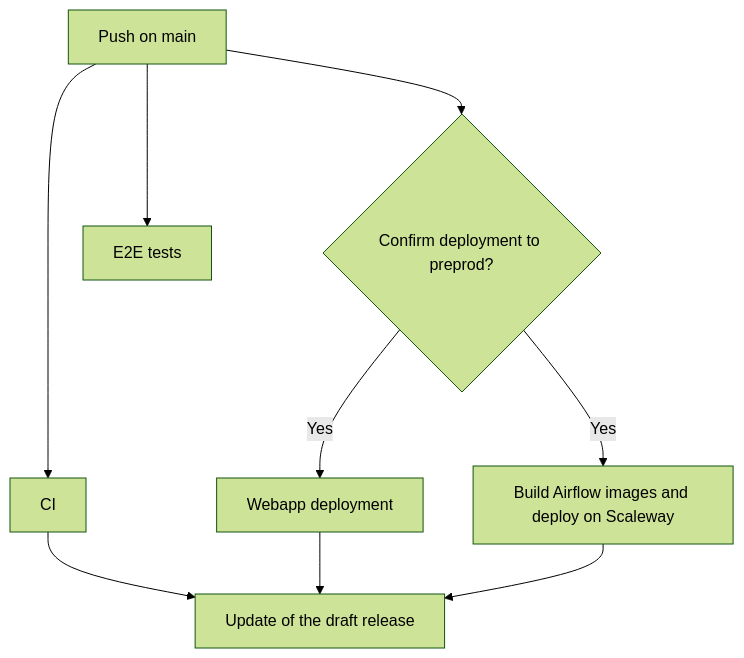
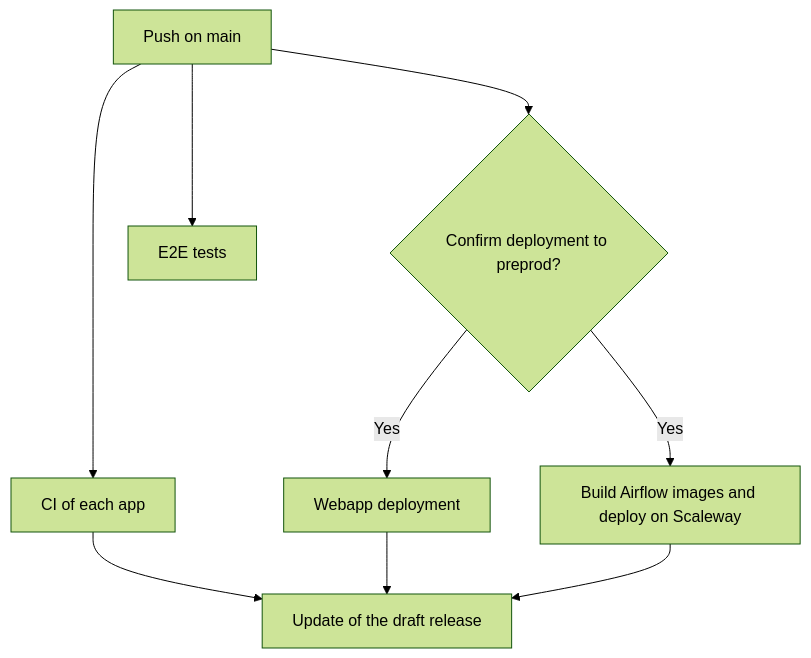
The second of 3 diagrams in docs/reference/infrastructure/ci-cd.md (incubateur-ademe/quefairedemesobjets), drawn with Mermaid (forest theme) before and after one commit. The commit also changed other lines of this file and 10 other files, not shown here.

````diff
--- a/docs/reference/infrastructure/ci-cd.md
+++ b/docs/reference/infrastructure/ci-cd.md
@@ -59,11 +65,11 @@
 ```mermaid
 graph TD
-    A[Push on main] --> C[CI]
+    A[Push on main] --> C[CI of each app]
     A --> W{Confirm deployment to preprod?}
     W -->|Yes| F[Webapp deployment]
     W -->|Yes| G[Build Airflow images and deploy on Scaleway]
     A --> E[E2E tests]
     C --> H[Update of the draft release]
     F --> H
     G --> H
 ```
````
